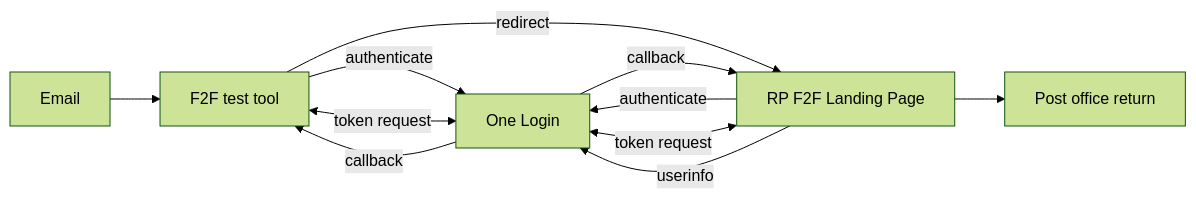
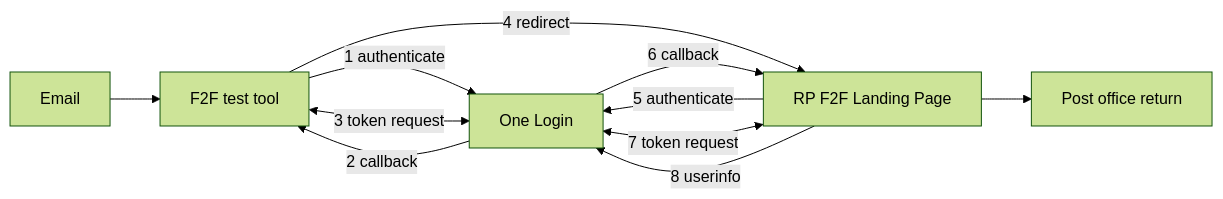
Before and after one commit to govuk-one-login/onboarding-examples: the first of 2 diagrams in tools/f2f-test/README.md, drawn with Mermaid (forest theme). The commit also changed other lines of this file, not shown here.

````diff
--- a/tools/f2f-test/README.md
+++ b/tools/f2f-test/README.md
@@ -55,15 +7,15 @@
 ```mermaid
 
 flowchart LR
     A[Email] --> B[F2F test tool]
-    B --> | authenticate | C[One Login]
-    C --> | callback | B
-    B <--> | token request | C
-    B --> | redirect | D[RP F2F Landing Page]
-    D --> | authenticate | C
-    C --> | callback | D
-    D <--> | token request | C
-    D --> | userinfo | C
+    B --> | 1 authenticate | C[One Login]
+    C --> | 2 callback | B
+    B <--> | 3 token request | C
+    B --> | 4 redirect | D[RP F2F Landing Page]
+    D --> | 5 authenticate | C
+    C --> | 6 callback | D
+    D <--> | 7 token request | C
+    D --> | 8 userinfo | C
     D --> E[Post office return]
 
 ```
````
